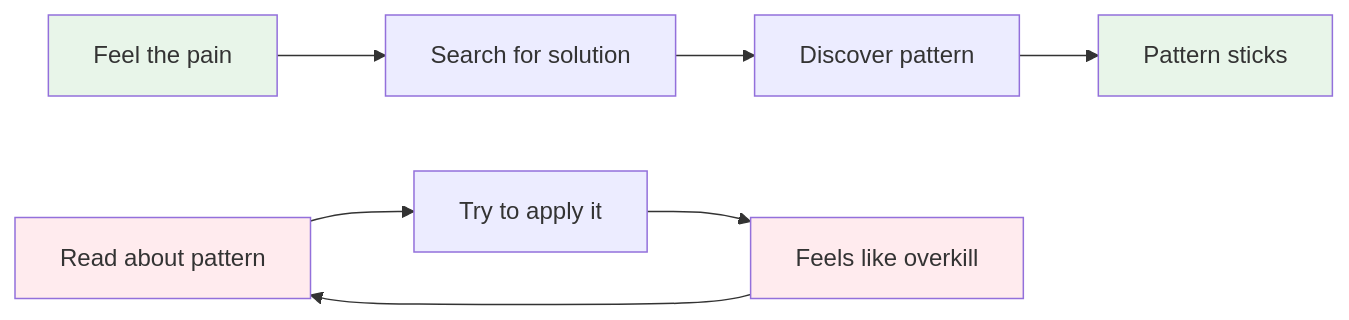
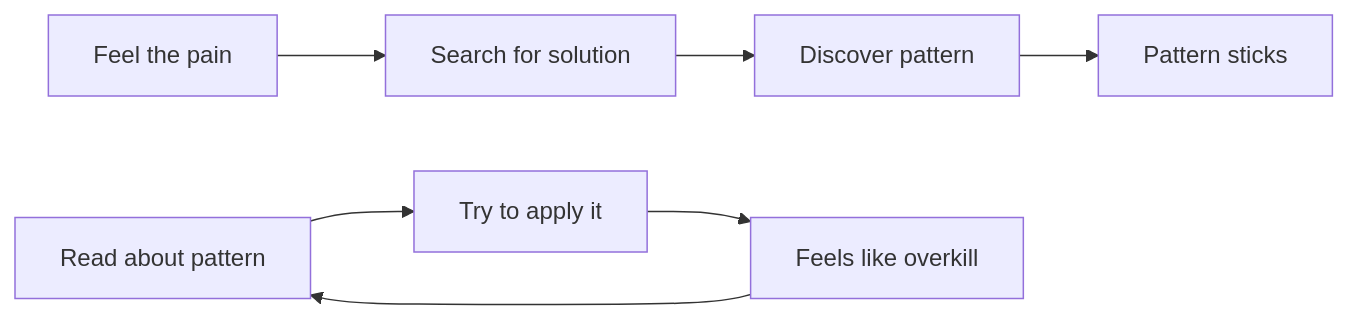
One commit to shivam-g-mishra/blog changed the seventh of 8 diagrams in docs/design-patterns/learning-paths.md. Above: the diagram before and after it, drawn with Mermaid. The commit also changed other lines of this file and 23 other files, not shown here.

First line of the commit message:
fix: improve Mermaid diagram visibility in dark mode

````diff
--- a/docs/design-patterns/learning-paths.md
+++ b/docs/design-patterns/learning-paths.md
@@ -385,15 +379,10 @@
 ```mermaid
 flowchart LR
     A["Feel the pain"] --> B["Search for solution"]
     B --> C["Discover pattern"]
     C --> D["Pattern sticks"]
     
     X["Read about pattern"] --> Y["Try to apply it"]
     Y --> Z["Feels like overkill"]
     Z --> X
-    
-    style A fill:#e8f5e9
-    style D fill:#e8f5e9
-    style X fill:#ffebee
-    style Z fill:#ffebee
 ```
````
